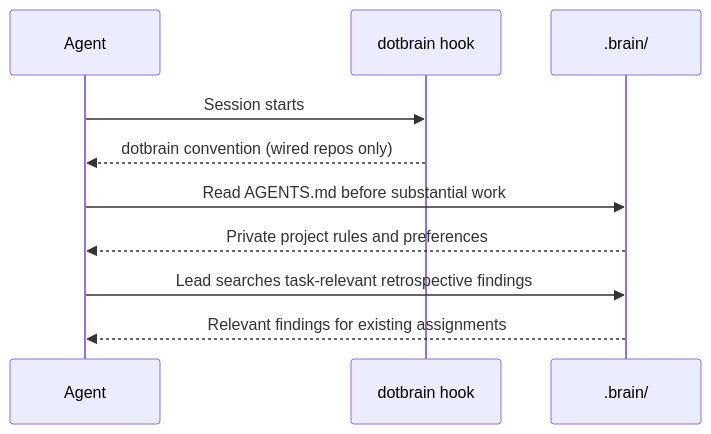
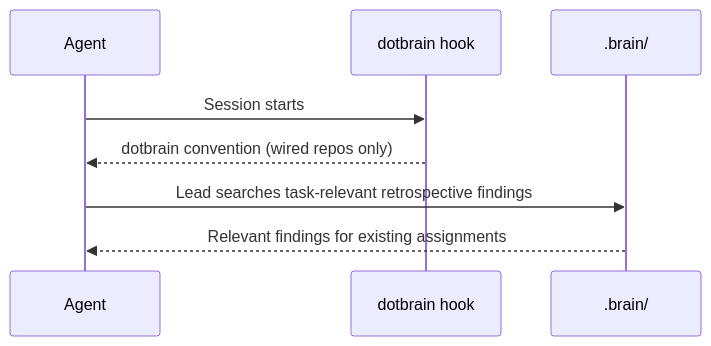
Before and after one commit to arminzou/dotbrain: the diagram in docs/session-context.md, drawn with Mermaid. The commit also changed other lines of this file and 127 other files, not shown here.

````diff
--- a/docs/session-context.md
+++ b/docs/session-context.md
@@ -9,13 +9,11 @@
 ```mermaid
 sequenceDiagram
   accTitle: What an agent loads when a session starts
   participant A as Agent
   participant D as dotbrain hook
   participant B as .brain/
   A->>D: Session starts
   D-->>A: dotbrain convention (wired repos only)
-  A->>B: Read AGENTS.md before substantial work
-  B-->>A: Private project rules and preferences
   A->>B: Lead searches task-relevant retrospective findings
   B-->>A: Relevant findings for existing assignments
 ```
````
